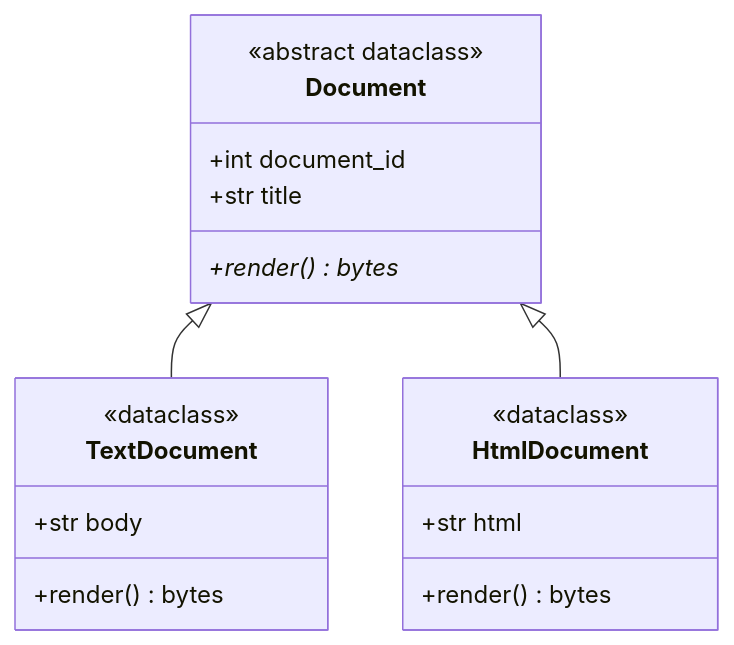
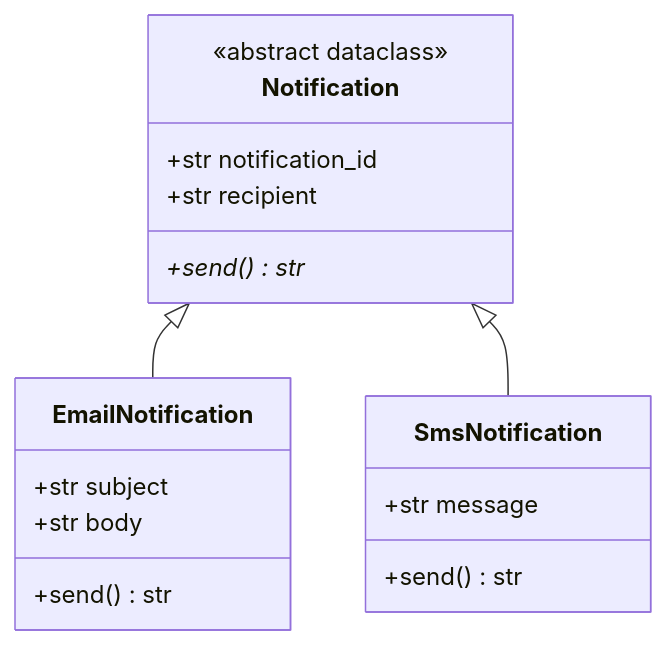
The third of 5 diagrams in src/content/python/dataclass-abc.md (AvadhBhalodiya/Interview-Preparation), drawn with Mermaid before and after one commit. The commit also changed other lines of this file and 80 other files, not shown here.

````diff
--- a/src/content/python/dataclass-abc.md
+++ b/src/content/python/dataclass-abc.md
@@ -1288,24 +426,23 @@
 ```mermaid
 classDiagram
-    class Document {
+    class Notification {
         <<abstract dataclass>>
-        +int document_id
-        +str title
-        +render() bytes*
+        +str notification_id
+        +str recipient
+        +send() str*
     }
 
-    class TextDocument {
-        <<dataclass>>
+    class EmailNotification {
+        +str subject
         +str body
-        +render() bytes
+        +send() str
     }
 
-    class HtmlDocument {
-        <<dataclass>>
-        +str html
-        +render() bytes
+    class SmsNotification {
+        +str message
+        +send() str
     }
 
-    Document <|-- TextDocument
-    Document <|-- HtmlDocument
+    Notification <|-- EmailNotification
+    Notification <|-- SmsNotification
 ```
````
